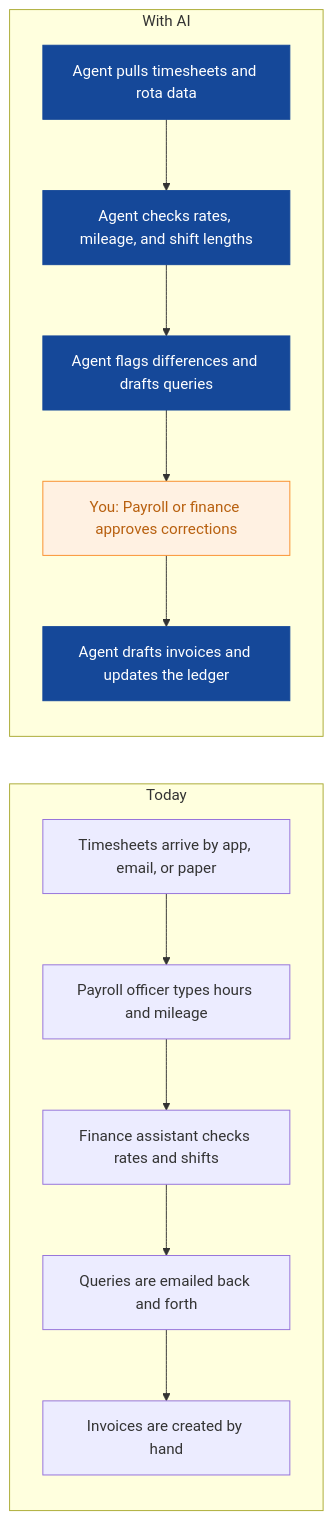
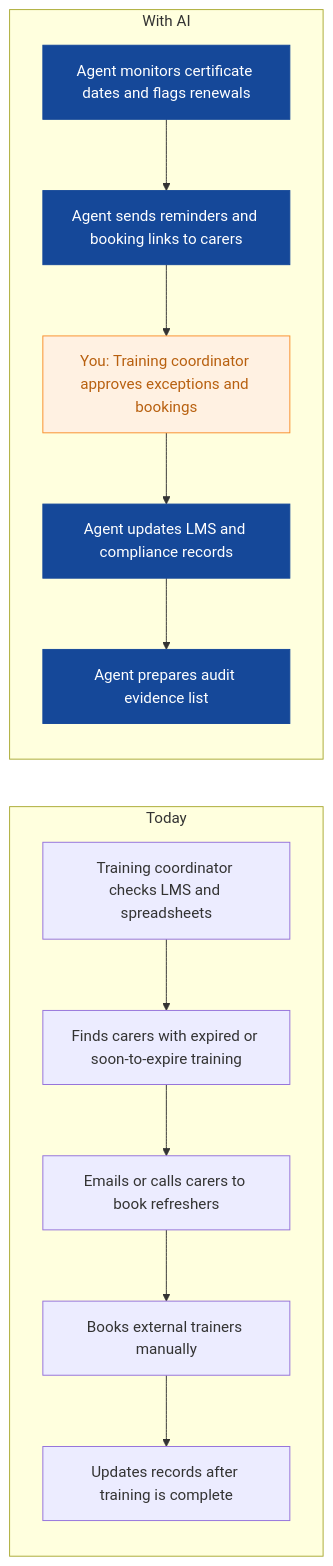
The fourth of 8 diagrams in strategies/evergreen-home-care.md (nexibeo/Complete-AI-Strategy), drawn with Mermaid before and after one commit. The commit also changed other lines of this file and 26 other files, not shown here.

````diff
--- a/strategies/evergreen-home-care.md
+++ b/strategies/evergreen-home-care.md
@@ -137,23 +140,23 @@
 ```mermaid
 flowchart LR
   subgraph Today
-    B0["Timesheets arrive by app, email, or paper"]
-    B1["Payroll officer types hours and mileage"]
-    B2["Finance assistant checks rates and shifts"]
-    B3["Queries are emailed back and forth"]
-    B4["Invoices are created by hand"]
+    B0["Training coordinator checks LMS and spreadsheets"]
+    B1["Finds carers with expired or soon-to-expire training"]
+    B2["Emails or calls carers to book refreshers"]
+    B3["Books external trainers manually"]
+    B4["Updates records after training is complete"]
     B0 --> B1 --> B2 --> B3 --> B4
   end
   subgraph WithAI[With AI]
-    A0["Agent pulls timesheets and rota data"]
-    A1["Agent checks rates, mileage, and shift lengths"]
-    A2["Agent flags differences and drafts queries"]
-    A3["You: Payroll or finance approves corrections"]
-    A4["Agent drafts invoices and updates the ledger"]
+    A0["Agent monitors certificate dates and flags renewals"]
+    A1["Agent sends reminders and booking links to carers"]
+    A2["You: Training coordinator approves exceptions and bookings"]
+    A3["Agent updates LMS and compliance records"]
+    A4["Agent prepares audit evidence list"]
     A0 --> A1 --> A2 --> A3 --> A4
   end
   classDef ai fill:#154899,color:#fff,stroke:#154899
   classDef human fill:#FFF1E2,color:#B8600F,stroke:#F98F2C
-  class A0,A1,A2,A4 ai
-  class A3 human
+  class A0,A1,A3,A4 ai
+  class A2 human
 ```
````
